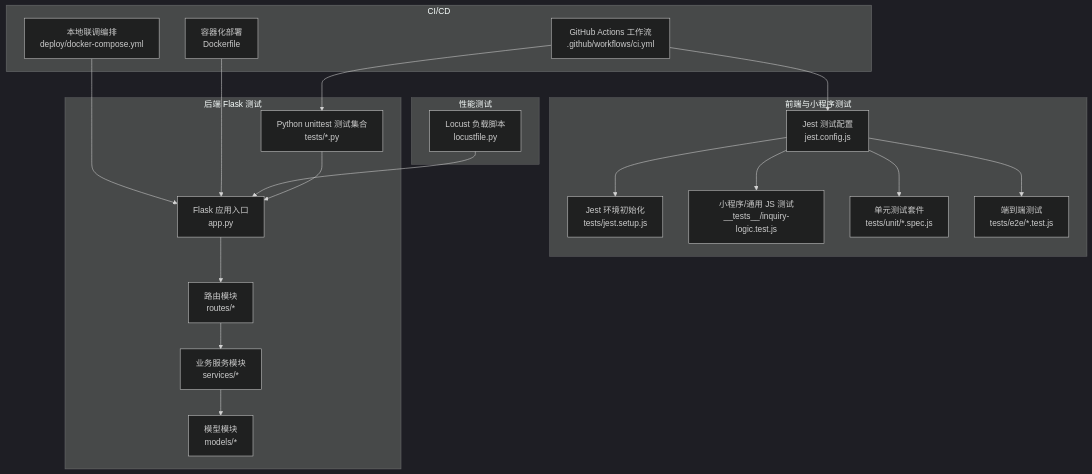
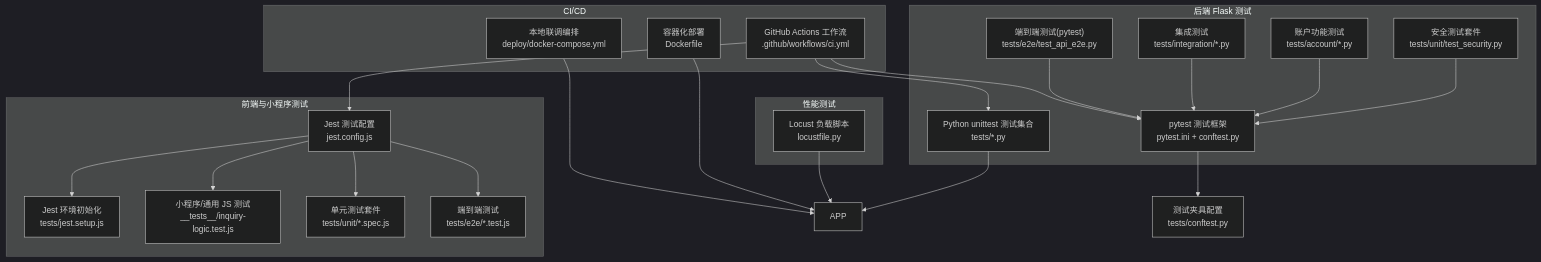
One commit to guyuefangyuanl/Over-the-counter-options changed the first of 4 diagrams in .qoder/repowiki/zh/content/开发指南/测试策略/测试策略.md. Above: the diagram before and after it, drawn with Mermaid (dark theme). The commit also changed other lines of this file and 29 other files, not shown here.

````diff
--- a/.qoder/repowiki/zh/content/开发指南/测试策略/测试策略.md
+++ b/.qoder/repowiki/zh/content/开发指南/测试策略/测试策略.md
@@ -52,38 +73,42 @@
 ```mermaid
 graph TB
 subgraph "前端与小程序测试"
 JEST["Jest 测试配置<br/>jest.config.js"]
 JSETUP["Jest 环境初始化<br/>tests/jest.setup.js"]
 MINIPROGRAM_TESTS["小程序/通用 JS 测试<br/>__tests__/inquiry-logic.test.js"]
 UNIT_TESTS["单元测试套件<br/>tests/unit/*.spec.js"]
 E2E_TESTS["端到端测试<br/>tests/e2e/*.test.js"]
 end
 subgraph "后端 Flask 测试"
 UNI["Python unittest 测试集合<br/>tests/*.py"]
-APP["Flask 应用入口<br/>app.py"]
-ROUTES["路由模块<br/>routes/*"]
-SERVICES["业务服务模块<br/>services/*"]
-MODELS["模型模块<br/>models/*"]
+PYTEST["pytest 测试框架<br/>pytest.ini + conftest.py"]
+SECURITY_TESTS["安全测试套件<br/>tests/unit/test_security.py"]
+ACCOUNT_TESTS["账户功能测试<br/>tests/account/*.py"]
+INTEGRATION_TESTS["集成测试<br/>tests/integration/*.py"]
+E2E_PYTEST["端到端测试(pytest)<br/>tests/e2e/test_api_e2e.py"]
 end
 subgraph "性能测试"
 LOCUST["Locust 负载脚本<br/>locustfile.py"]
 end
 subgraph "CI/CD"
 GHA["GitHub Actions 工作流<br/>.github/workflows/ci.yml"]
 DOCKER["容器化部署<br/>Dockerfile"]
 DCMP["本地联调编排<br/>deploy/docker-compose.yml"]
 end
 JEST --> JSETUP
 JEST --> MINIPROGRAM_TESTS
 JEST --> UNIT_TESTS
 JEST --> E2E_TESTS
 UNI --> APP
-APP --> ROUTES
-ROUTES --> SERVICES
-SERVICES --> MODELS
+PYTEST --> CONFTEST["测试夹具配置<br/>tests/conftest.py"]
+SECURITY_TESTS --> PYTEST
+ACCOUNT_TESTS --> PYTEST
+INTEGRATION_TESTS --> PYTEST
+E2E_PYTEST --> PYTEST
 LOCUST --> APP
 GHA --> JEST
 GHA --> UNI
+GHA --> PYTEST
 DOCKER --> APP
 DCMP --> APP
 ```
````
